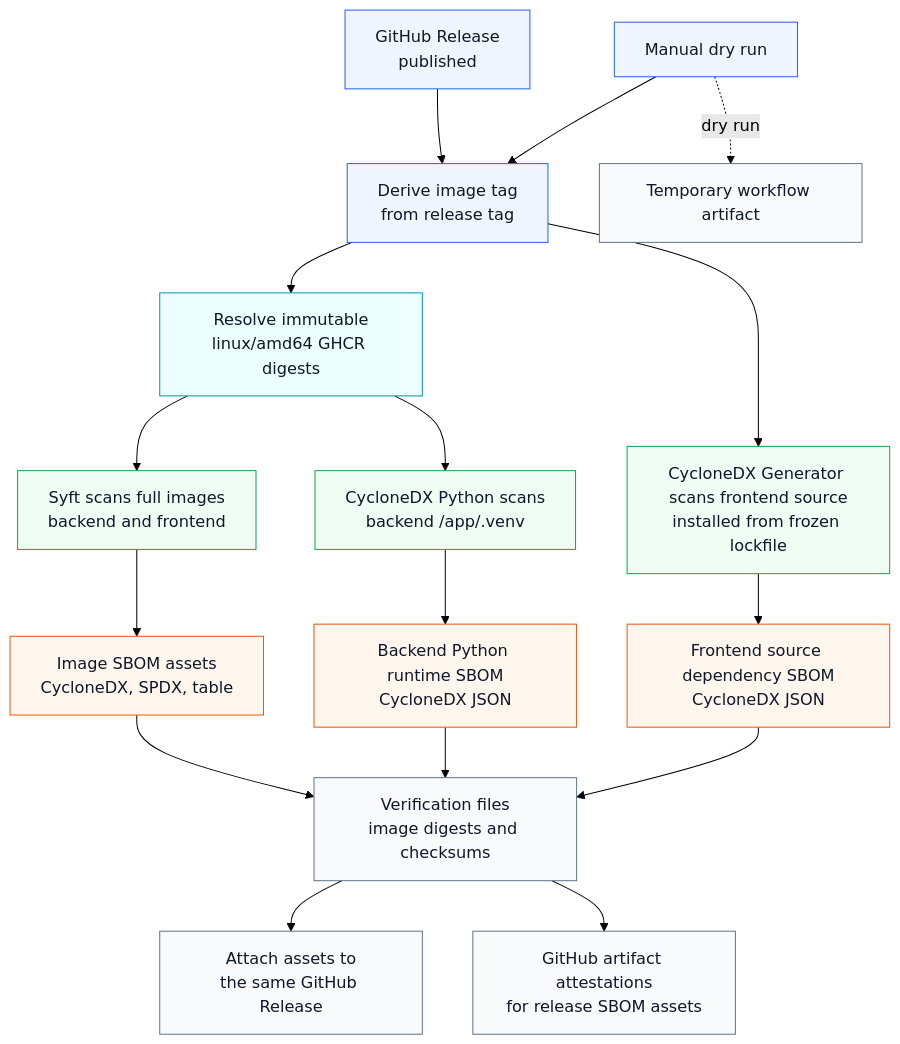
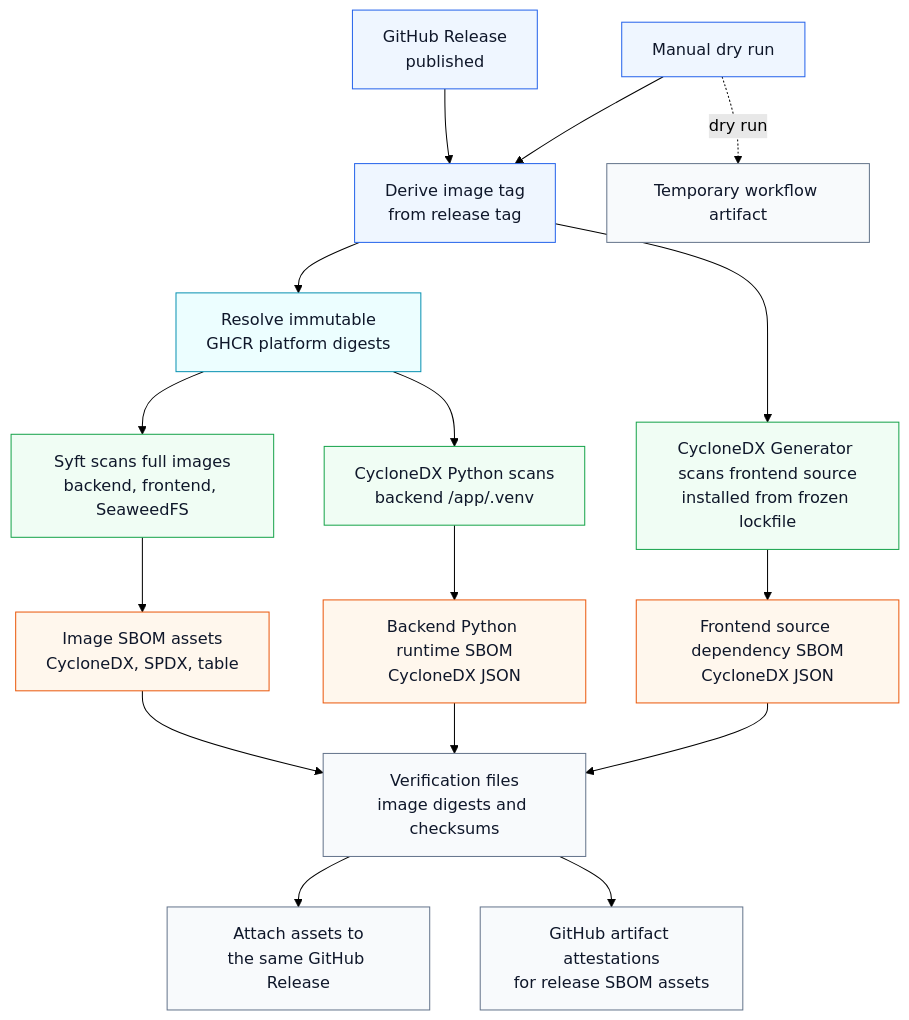
Before and after one commit to eneo-ai/eneo: the diagram in frontend/apps/docs-site/src/content/docs/release-sboms.mdx, drawn with Mermaid (forest theme). The commit also changed other lines of this file and 50 other files, not shown here.

````diff
--- a/frontend/apps/docs-site/src/content/docs/release-sboms.mdx
+++ b/frontend/apps/docs-site/src/content/docs/release-sboms.mdx
@@ -69,44 +77,44 @@
 ```mermaid
 flowchart TD
   release["GitHub Release<br/>published"]
   manual["Manual dry run"]
   tag["Derive image tag<br/>from release tag"]
-  digests["Resolve immutable<br/>linux/amd64 GHCR digests"]
+  digests["Resolve immutable<br/>GHCR platform digests"]
 
-  syft["Syft scans full images<br/>backend and frontend"]
+  syft["Syft scans full images<br/>backend, frontend, SeaweedFS"]
   python["CycloneDX Python scans<br/>backend /app/.venv"]
   source["CycloneDX Generator scans frontend source<br/>installed from frozen lockfile"]
 
   imageSboms["Image SBOM assets<br/>CycloneDX, SPDX, table"]
   runtimeSbom["Backend Python runtime SBOM<br/>CycloneDX JSON"]
   sourceSbom["Frontend source dependency SBOM<br/>CycloneDX JSON"]
   verification["Verification files<br/>image digests and checksums"]
   attestation["GitHub artifact attestations<br/>for release SBOM assets"]
 
   release --> tag --> digests
   manual --> tag
   digests --> syft
   digests --> python
   tag --> source
   syft --> imageSboms
   python --> runtimeSbom
   source --> sourceSbom
   imageSboms --> verification
   runtimeSbom --> verification
   sourceSbom --> verification
   verification --> upload["Attach assets to<br/>the same GitHub Release"]
   verification --> attestation
   manual -. dry run .-> artifact["Temporary workflow artifact"]
 
   classDef trigger fill:#eff6ff,stroke:#2563eb,color:#0f172a
   classDef source fill:#ecfeff,stroke:#0891b2,color:#0f172a
   classDef scanner fill:#f0fdf4,stroke:#16a34a,color:#0f172a
   classDef asset fill:#fff7ed,stroke:#ea580c,color:#0f172a
   classDef output fill:#f8fafc,stroke:#64748b,color:#0f172a
 
   class release,manual,tag trigger
   class digests source
   class syft,python,source scanner
   class imageSboms,runtimeSbom,sourceSbom asset
   class verification,upload,artifact,attestation output
 ```
````
